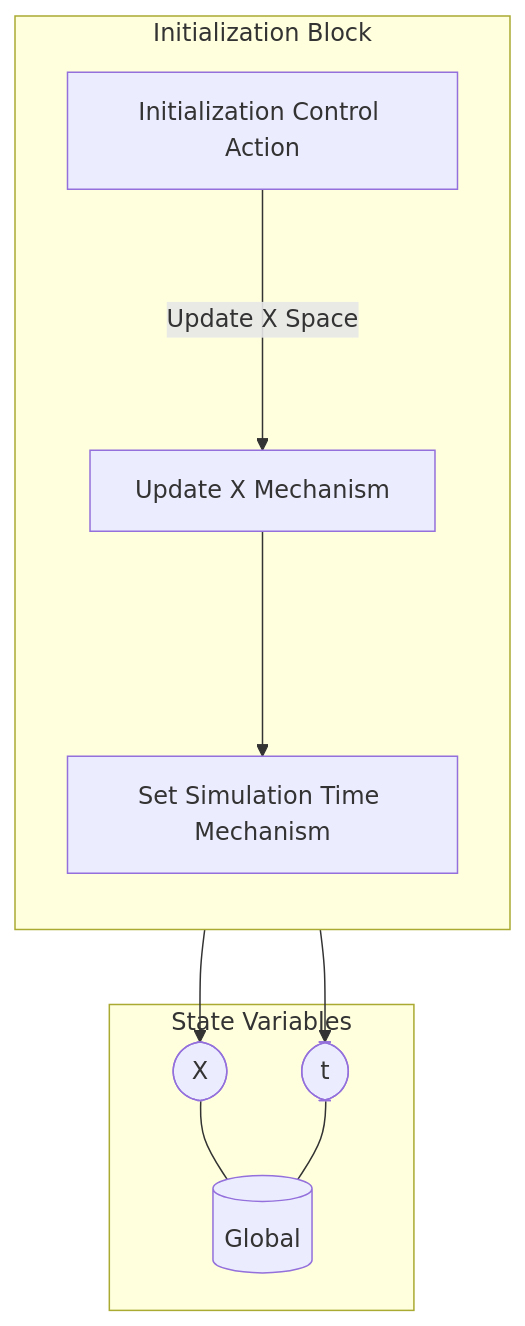
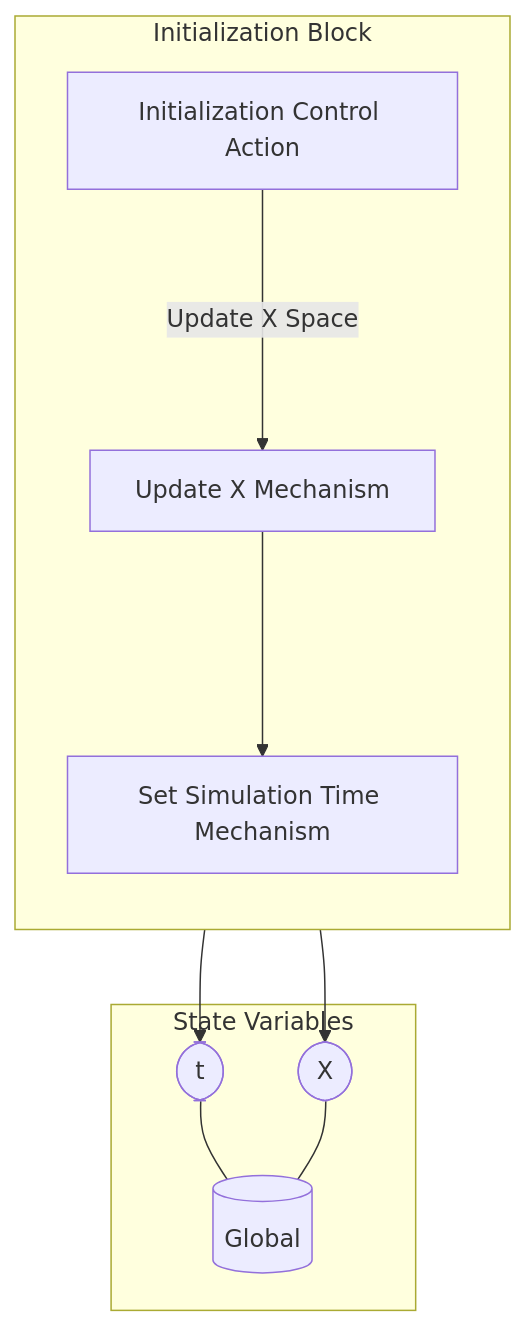
One commit to SeanMcOwen/Root-Finding-Simulation changed the diagram in MSML/reports/Markdown/Wiring/Initialization Block.md. Above: the diagram before and after it, drawn with Mermaid. The commit also changed other lines of this file and 10 other files, not shown here.

````diff
--- a/MSML/reports/Markdown/Wiring/Initialization Block.md
+++ b/MSML/reports/Markdown/Wiring/Initialization Block.md
@@ -3,22 +3,22 @@
 ```mermaid
 graph TB
 
 subgraph SVS["State Variables"]
 EE0[("Global")]
-EES0(["X"])
+EES0(["t"])
 EES0 --- EE0
-EES1(["t"])
+EES1(["X"])
 EES1 --- EE0
 end
 
 subgraph X4["Initialization Block"]
 direction TB
 X1["Initialization Control Action"]
 X2["Update X Mechanism"]
-X2 --> EES0
+X2 --> EES1
 X3["Set Simulation Time Mechanism"]
-X3 --> EES1
+X3 --> EES0
 X1--"Update X Space"--->X2
 X2--->X3
 end
 ```
````
